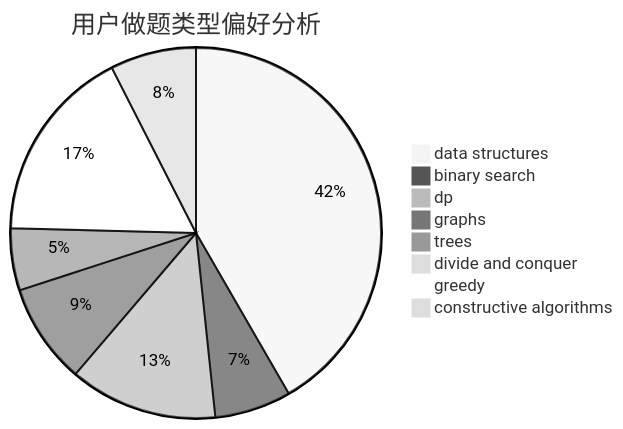
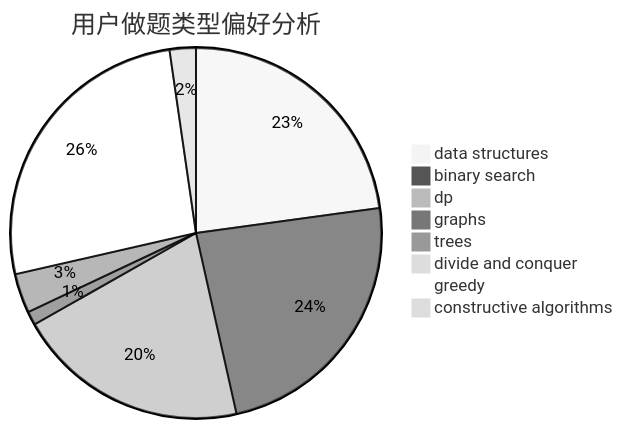
The second of 3 diagrams in docs/user/u2562.md (sherpahu/cfrs.github.io), drawn with Mermaid (neutral theme) before and after one commit. The commit also changed other lines of this file and 2770 other files, not shown here.

````diff
--- a/docs/user/u2562.md
+++ b/docs/user/u2562.md
@@ -23,11 +23,11 @@
 ```mermaid
 pie title 用户做题类型偏好分析
-    "data structures" :  100
-    "binary search" :  16
-    "dp" :  31
-    "graphs" :  21
-    "trees" :  13
+    "data structures" :  459
+    "binary search" :  475
+    "dp" :  408
+    "graphs" :  24
+    "trees" :  69
     "divide and conquer" :  0
-    "greedy" :  41
-    "constructive algorithms" :  18
+    "greedy" :  528
+    "constructive algorithms" :  46
 ```
````
